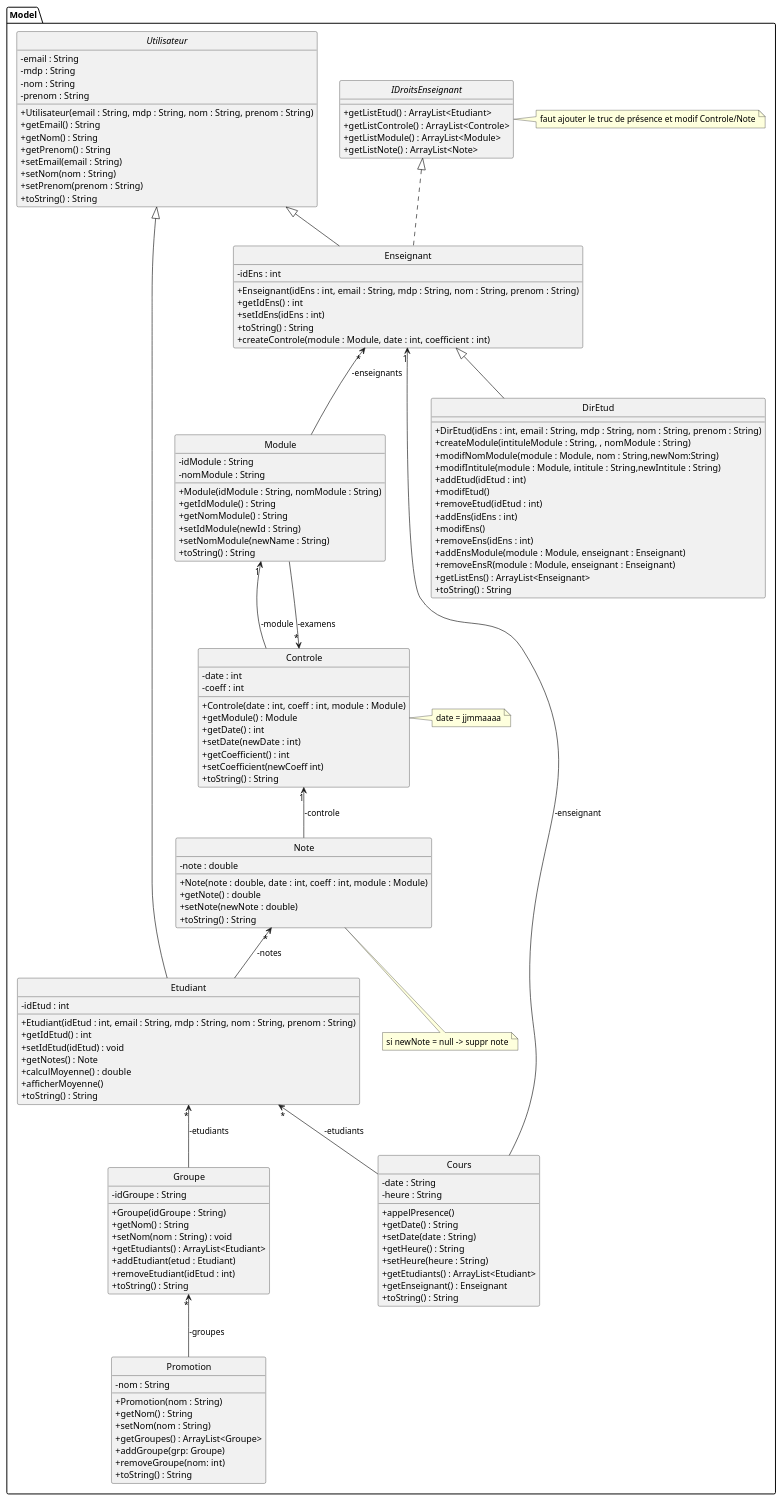
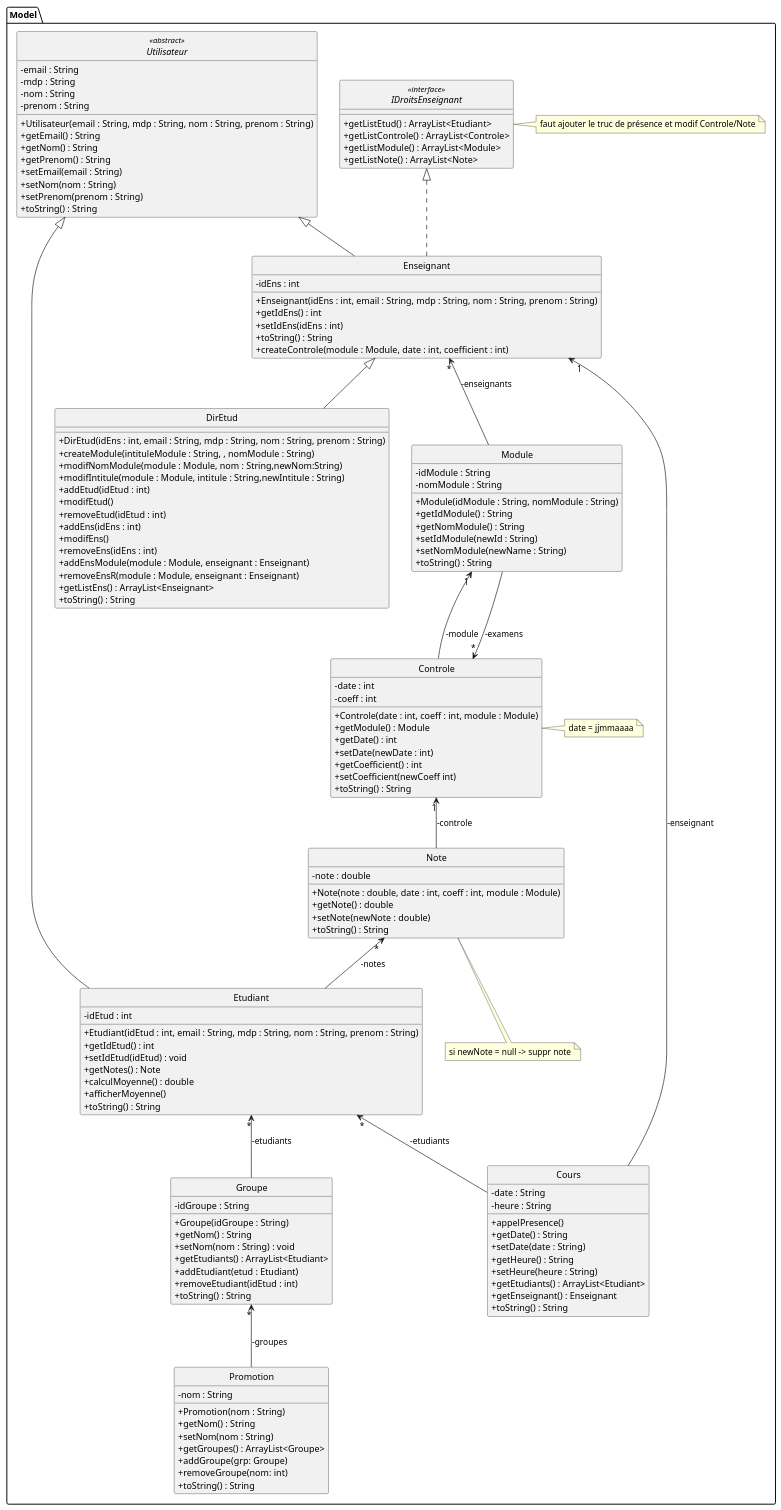
One commit to Lohasta/Kallax changed the diagram in s201_UML.md. Above: the diagram before and after it, drawn with PlantUML.

Commit message:
class cours the comeback

```diff
--- a/s201_UML.md
+++ b/s201_UML.md
@@ -5,7 +5,7 @@
 package Model{
 
 
-abstract class Utilisateur{
+abstract class Utilisateur <<abstract>>{
 -email : String
 -mdp : String
 -nom : String
@@ -20,7 +20,7 @@
 +toString() : String
 }
 
-interface IDroitsEnseignant{
+interface IDroitsEnseignant <<interface>>{
 +getListEtud() : ArrayList<Etudiant>
 +getListControle() : ArrayList<Controle>
 +getListModule() : ArrayList<Module>
@@ -29,6 +29,7 @@
 note right of IDroitsEnseignant{
 faut ajouter le truc de présence et modif Controle/Note
 }
+
 class Etudiant{
 -idEtud : int
 +Etudiant(idEtud : int, email : String, mdp : String, nom : String, prenom : String)
@@ -39,6 +40,7 @@
 +afficherMoyenne()
 +toString() : String
 }
+
 class Enseignant{
 -idEns : int
 +Enseignant(idEns : int, email : String, mdp : String, nom : String, prenom : String)
@@ -46,8 +48,8 @@
 +setIdEns(idEns : int)
 +toString() : String
 +createControle(module : Module, date : int, coefficient : int)
+}
 
-}
 class DirEtud{
 +DirEtud(idEns : int, email : String, mdp : String, nom : String, prenom : String)
 +createModule(intituleModule : String, , nomModule : String)
@@ -75,6 +77,7 @@
 +setNomModule(newName : String)
 +toString() : String
 }
+
 +class Controle{
 -date : int
 -coeff : int
@@ -88,6 +91,39 @@
 }
 note right of Controle{
 date = jjmmaaaa
+}
+
++class Note{
+-note : double
++Note(note : double, date : int, coeff : int, module : Module)
++getNote() : double
++setNote(newNote : double)
++toString() : String
+}
+note bottom of Note{
+si newNote = null -> suppr note
+}
+
++class Promotion{
+-nom : String
++Promotion(nom : String)
++getNom() : String
++setNom(nom : String)
++getGroupes() : ArrayList<Groupe>
++addGroupe(grp: Groupe)
++removeGroupe(nom: int)
++toString() : String
+}
+
++class Groupe{
+-idGroupe : String
++Groupe(idGroupe : String)
++getNom() : String
++setNom(nom : String) : void
++getEtudiants() : ArrayList<Etudiant>
++addEtudiant(etud : Etudiant)
++removeEtudiant(idEtud : int)
++toString() : String
 }
 
 +class Cours{
@@ -107,37 +143,6 @@
 }
 
 
-
-+class Note{
--note : double
-+Note(note : double, date : int, coeff : int, module : Module)
-+getNote() : double
-+setNote(newNote : double)
-+toString() : String
-}
-note bottom of Note{
-si newNote = null -> suppr note
-}
-+class Promotion{
--nom : String
-+Promotion(nom : String)
-+getNom() : String
-+setNom(nom : String)
-+getGroupes() : ArrayList<Groupe>
-+addGroupe(grp: Groupe)
-+removeGroupe(nom: int)
-+toString() : String
-}
-+class Groupe{
--idGroupe : String
-+Groupe(idGroupe : String)
-+getNom() : String
-+setNom(nom : String) : void
-+getEtudiants() : ArrayList<Etudiant>
-+addEtudiant(etud : Etudiant)
-+removeEtudiant(idEtud : int)
-+toString() : String
-}
 IDroitsEnseignant <|.. Enseignant
 Note "*" <-- Etudiant : -notes
 Module "1" <-- Controle : -module
```
